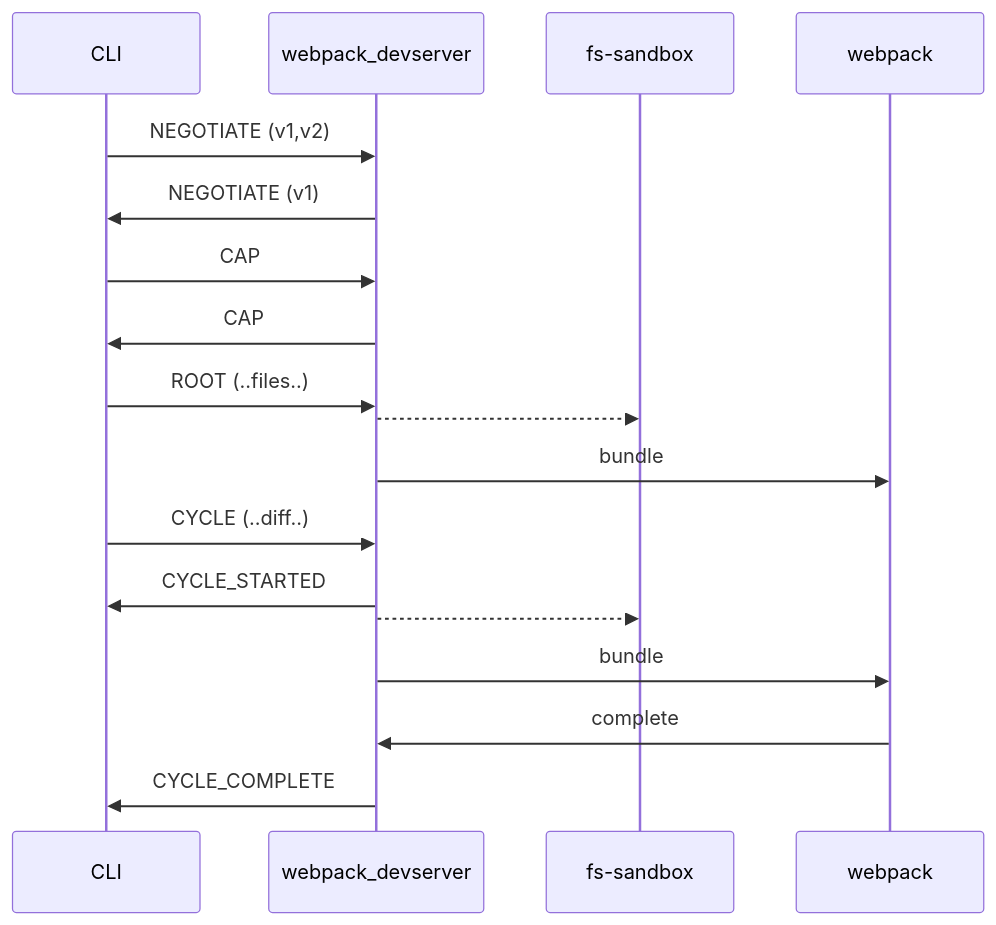
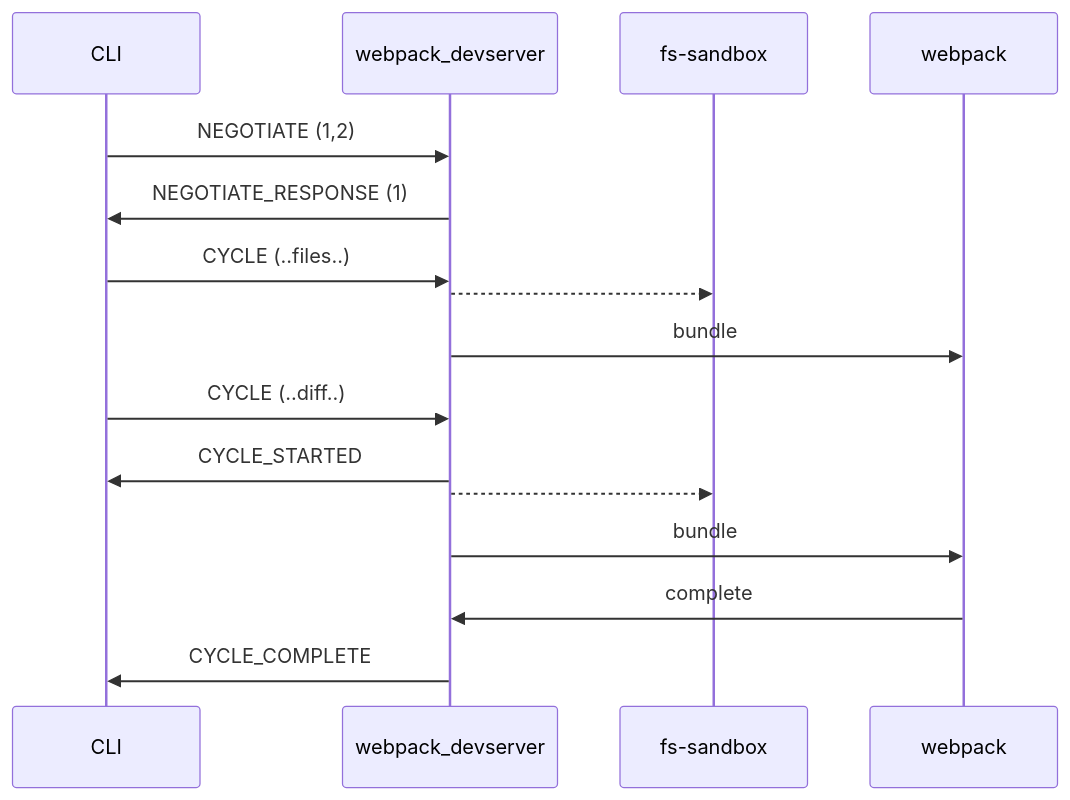
The second of 2 diagrams in INCREMENTAL_BUILD_PROTOCOL.md (aspect-extensions/watchdog), drawn with Mermaid before and after one commit. The commit also changed other lines of this file and 2 other files, not shown here.

````diff
--- a/INCREMENTAL_BUILD_PROTOCOL.md
+++ b/INCREMENTAL_BUILD_PROTOCOL.md
@@ -273,21 +231,19 @@
 ```mermaid
 sequenceDiagram
     participant CLI
     participant webpack_devserver
     participant fs-sandbox
     participant webpack
-    CLI->>webpack_devserver: NEGOTIATE (v1,v2)
-    webpack_devserver->>CLI: NEGOTIATE (v1)
-    CLI->>webpack_devserver: CAP
-    webpack_devserver->>CLI: CAP
-    CLI->>webpack_devserver: ROOT (..files..)
+    CLI->>webpack_devserver: NEGOTIATE (1,2)
+    webpack_devserver->>CLI: NEGOTIATE_RESPONSE (1)
+    CLI->>webpack_devserver: CYCLE (..files..)
     webpack_devserver-->>fs-sandbox:
     webpack_devserver->>webpack: bundle
     CLI->>webpack_devserver: CYCLE (..diff..)
     webpack_devserver->>CLI: CYCLE_STARTED
     webpack_devserver-->>fs-sandbox:
     webpack_devserver->>webpack: bundle
     webpack->>webpack_devserver: complete
     webpack_devserver->>CLI: CYCLE_COMPLETE
 
 ```
````
